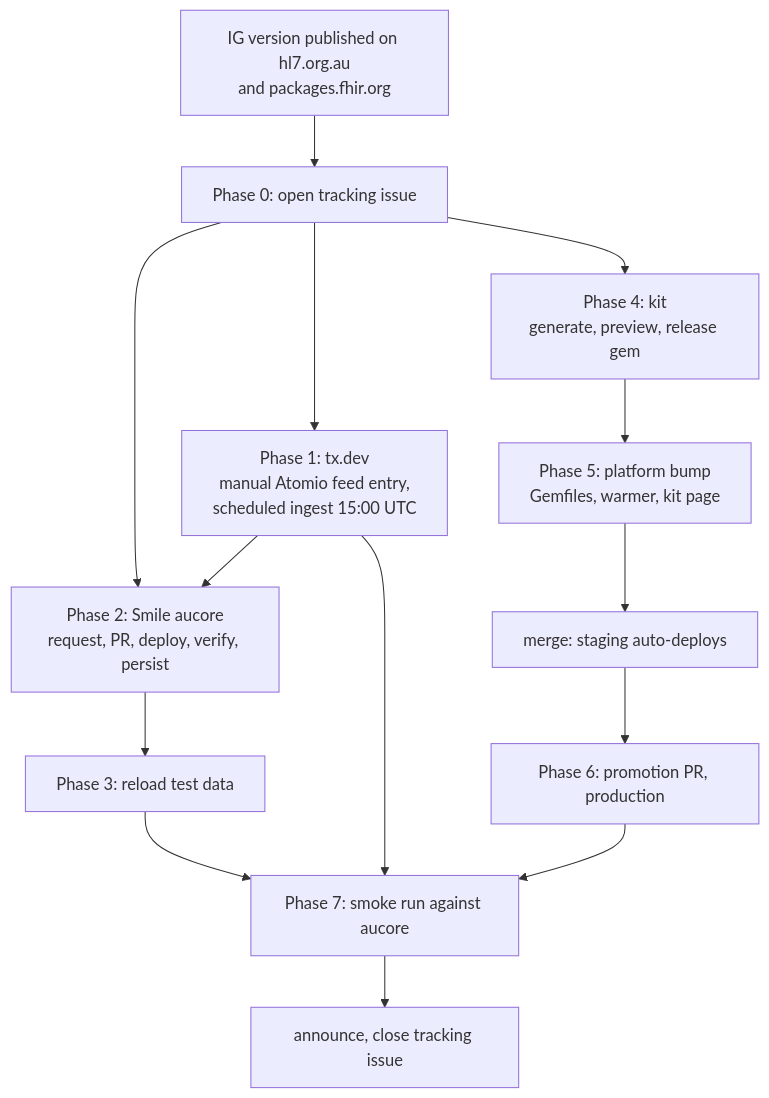
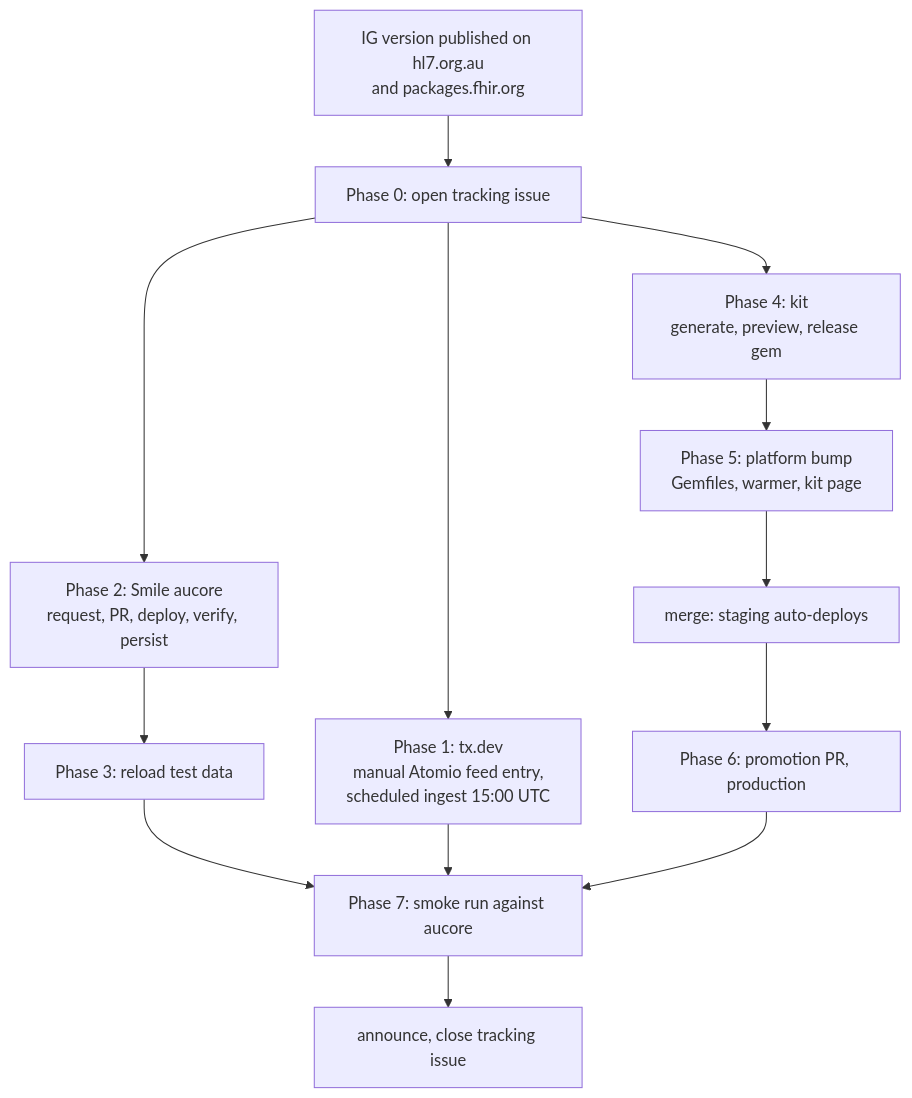
The diagram in docs/runbooks/ig-release.md (aehrc/sparked-fhir-server-configuration), drawn with Mermaid before and after one commit. The commit also changed other lines of this file, not shown here.

First line of the commit message:
Draw tx.dev and Smile as parallel phases in the release flow

````diff
--- a/docs/runbooks/ig-release.md
+++ b/docs/runbooks/ig-release.md
@@ -103,16 +103,15 @@
 ```mermaid
 flowchart TD
     P["IG version published on hl7.org.au<br/>and packages.fhir.org"] --> T["Phase 0: open tracking issue"]
     T --> TX["Phase 1: tx.dev<br/>manual Atomio feed entry,<br/>scheduled ingest 15:00 UTC"]
     T --> S["Phase 2: Smile aucore<br/>request, PR, deploy, verify, persist"]
     T --> K["Phase 4: kit<br/>generate, preview, release gem"]
-    TX --> S
     S --> D["Phase 3: reload test data"]
     K --> PL["Phase 5: platform bump<br/>Gemfiles, warmer, kit page"]
     PL --> STG["merge: staging auto-deploys"]
     STG --> PRD["Phase 6: promotion PR, production"]
     D --> SMK["Phase 7: smoke run against aucore"]
     TX --> SMK
     PRD --> SMK
     SMK --> A["announce, close tracking issue"]
 ```
````
